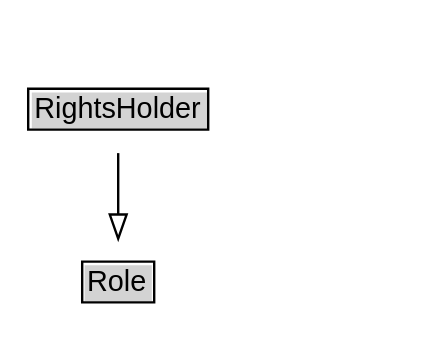
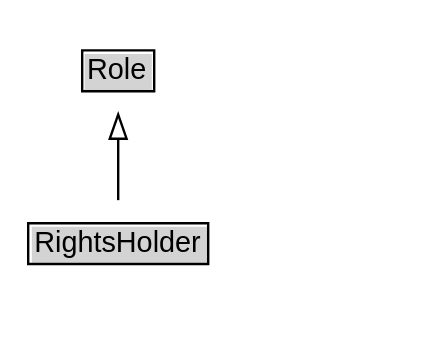
Before and after one commit to k-vaughn/ontology-import-prov: the diagram in docs/diagrams/RightsHolder.dot, drawn with Graphviz. The commit also changed 322 other files, not shown here.

```diff
--- a/docs/diagrams/RightsHolder.dot
+++ b/docs/diagrams/RightsHolder.dot
@@ -1,16 +1,19 @@
 // Diagram for RightsHolder
 digraph {
 	graph [overlap=false rankdir=TB splines=true]
 	node [fontname=Arial fontsize=12 margin=0 shape=none]
 	edge [fontname=Arial fontsize=11]
+	{
+		rank=source
+		Role [label=<<TABLE BORDER="1" CELLBORDER="0" CELLSPACING="0" CELLPADDING="1"><TR><TD BGCOLOR="lightgray" ALIGN="CENTER">Role</TD></TR></TABLE>> URL="../Role" margin=0]
+	}
 	RightsHolder [label=<<TABLE BORDER="1" CELLBORDER="0" CELLSPACING="0" CELLPADDING="1"><TR><TD BGCOLOR="lightgray" ALIGN="CENTER">RightsHolder</TD></TR></TABLE>> URL="../RightsHolder" margin=0]
 	{
 		rank=max
 	}
 	subgraph cluster_associated {
 		label="" style=invis
 		Invis [label=<<TABLE BORDER="0" CELLBORDER="0" CELLSPACING="0" CELLPADDING="1"><TR><TD></TD></TR></TABLE>> margin=0 style=invis]
 	}
-	Role [label=<<TABLE BORDER="1" CELLBORDER="0" CELLSPACING="0" CELLPADDING="1"><TR><TD BGCOLOR="lightgray" ALIGN="CENTER">Role</TD></TR></TABLE>> URL="../Role" margin=0]
 	RightsHolder -> Role [arrowhead=onormal style=solid]
 }
```
